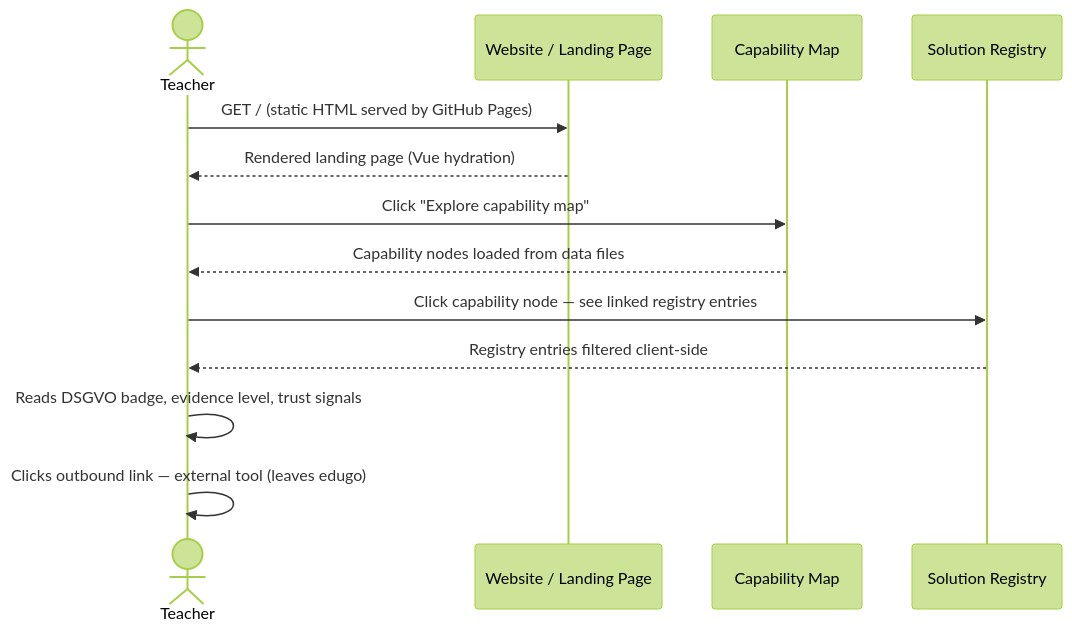
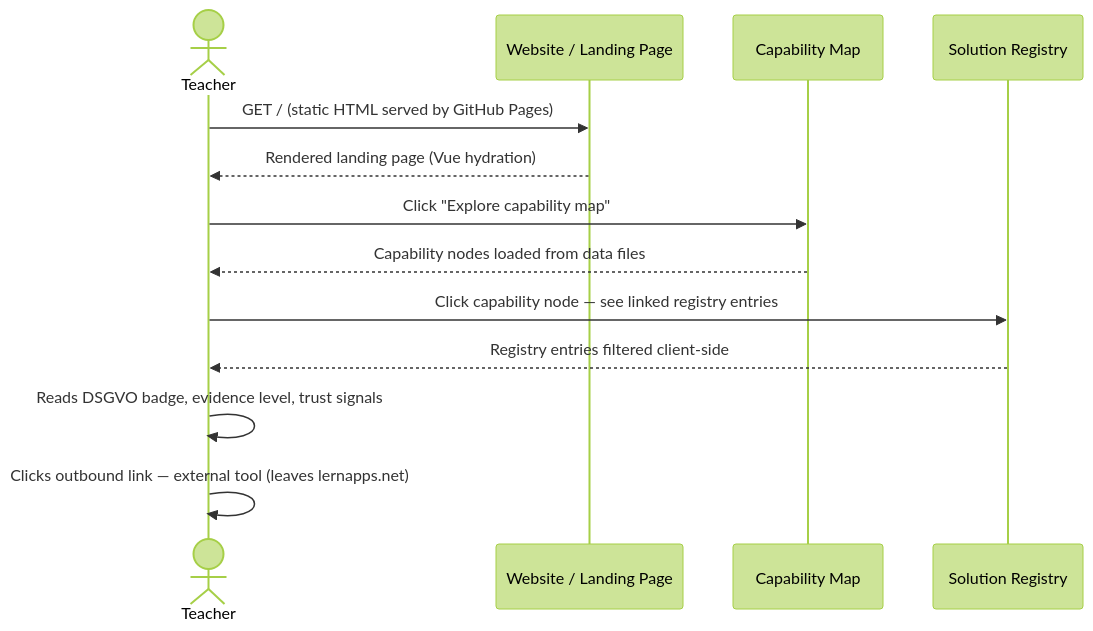
Before and after one commit to lernapps/map: the first of 4 diagrams in docs/arc42/06-runtime-view.arc42.md, drawn with Mermaid (forest theme). The commit also changed other lines of this file and 13 other files, not shown here.

First line of the commit message:
docs(arc42): rename edugo to lernapps.net

````diff
--- a/docs/arc42/06-runtime-view.arc42.md
+++ b/docs/arc42/06-runtime-view.arc42.md
@@ -36,16 +36,16 @@
 ```mermaid
 sequenceDiagram
   actor Teacher
   participant bb_website as Website / Landing Page
   participant bb_cap as Capability Map
   participant bb_reg as Solution Registry
 
   Teacher->>bb_website: GET / (static HTML served by GitHub Pages)
   bb_website-->>Teacher: Rendered landing page (Vue hydration)
   Teacher->>bb_cap: Click "Explore capability map"
   bb_cap-->>Teacher: Capability nodes loaded from data files
   Teacher->>bb_reg: Click capability node — see linked registry entries
   bb_reg-->>Teacher: Registry entries filtered client-side
   Teacher->>Teacher: Reads DSGVO badge, evidence level, trust signals
-  Teacher->>Teacher: Clicks outbound link — external tool (leaves edugo)
+  Teacher->>Teacher: Clicks outbound link — external tool (leaves lernapps.net)
 ```
````
